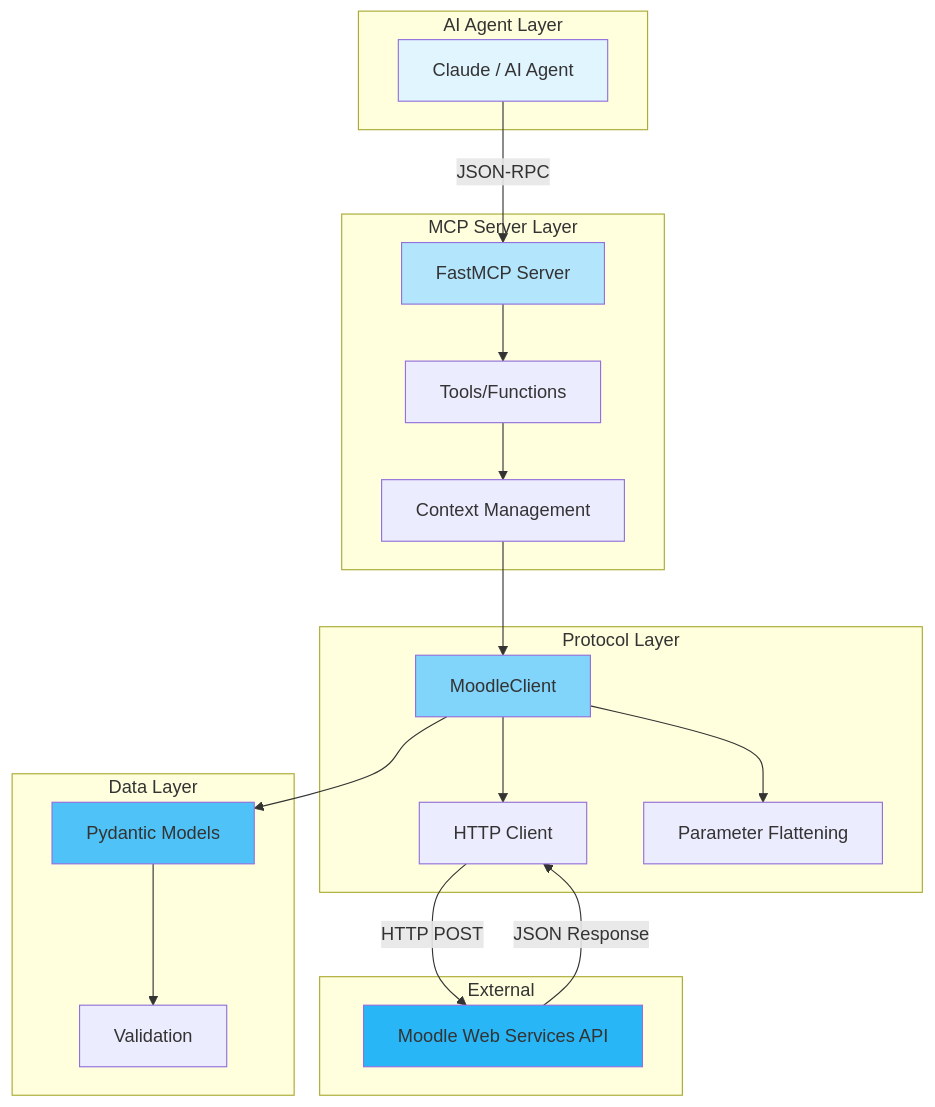
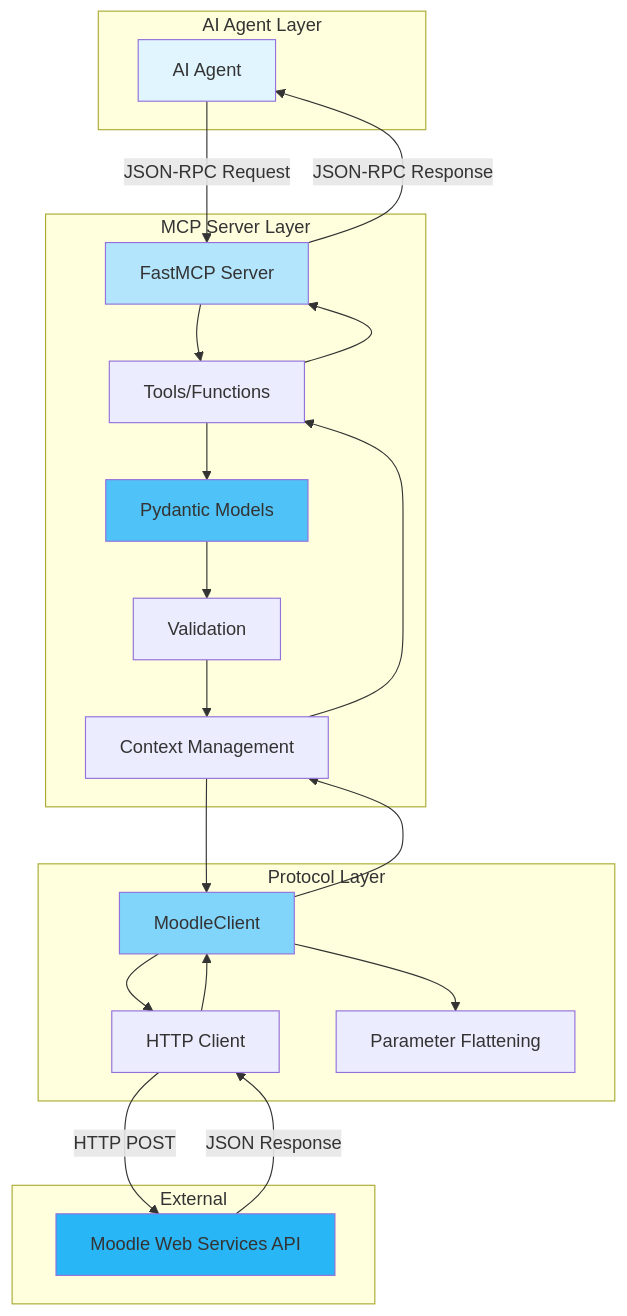
The first of 3 diagrams in docs/architecture.md (Hefi002/tfg-mcp-moodle-server), drawn with Mermaid before and after one commit. The commit also changed other lines of this file and 7 other files, not shown here.

````diff
--- a/docs/architecture.md
+++ b/docs/architecture.md
@@ -7,44 +7,46 @@
 ```mermaid
 graph TB
     subgraph "AI Agent Layer"
-        A[Claude / AI Agent]
+        A[AI Agent]
     end
     
     subgraph "MCP Server Layer"
         B[FastMCP Server]
         C[Tools/Functions]
         D[Context Management]
+        H[Pydantic Models]
+        I[Validation]
     end
     
     subgraph "Protocol Layer"
         E[MoodleClient]
         F[HTTP Client]
         G[Parameter Flattening]
     end
     
-    subgraph "Data Layer"
-        H[Pydantic Models]
-        I[Validation]
-    end
-    
     subgraph "External"
         J[Moodle Web Services API]
     end
     
-    A -->|JSON-RPC| B
+    A -->|JSON-RPC Request| B
     B --> C
-    C --> D
+    C --> H
+    H --> I
+    I --> D
     D --> E
+    E --> G
     E --> F
-    E --> G
-    E --> H
-    H --> I
     F -->|HTTP POST| J
     J -->|JSON Response| F
+    F --> E
+    E --> D
+    D --> C
+    C --> B
+    B -->|JSON-RPC Response| A
     
     style A fill:#e1f5ff
     style B fill:#b3e5fc
     style E fill:#81d4fa
     style H fill:#4fc3f7
     style J fill:#29b6f6
 ```
````
